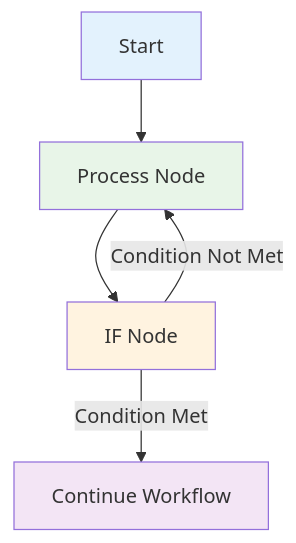
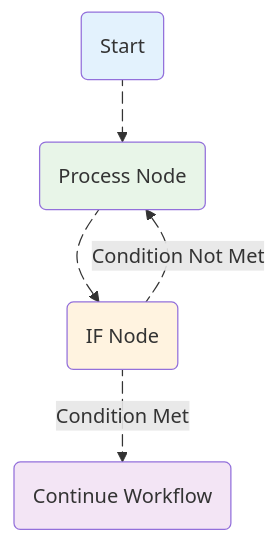
One commit to agentic-com/Agentic-Flow-Doc changed the second of 2 diagrams in src/content/docs/usage/key-concepts/flow-logic/looping.md. Above: the diagram before and after it, drawn with Mermaid. The commit also changed other lines of this file and 17 other files, not shown here.

Commit message:
flow logic docs

````diff
--- a/src/content/docs/usage/key-concepts/flow-logic/looping.md
+++ b/src/content/docs/usage/key-concepts/flow-logic/looping.md
@@ -61,12 +64,21 @@
 ```mermaid
-graph TB
-    A[Start] --> B[Process Node]
-    B --> C[IF Node]
-    C -->|Condition Met| D[Continue Workflow]
-    C -->|Condition Not Met| B
+flowchart TB
+    A["Start"] L_A_B_0@--> B["Process Node"]
+    B L_B_C_0@--> C["IF Node"]
+    C L_C_D_0@-- Condition Met --> D["Continue Workflow"]
+    C L_C_B_0@-- Condition Not Met --> B
 
+    A@{ shape: rounded}
+    B@{ shape: rounded}
+    C@{ shape: rounded}
+    D@{ shape: rounded}
     style A fill:#e3f2fd
     style B fill:#e8f5e8
     style C fill:#fff3e0
     style D fill:#f3e5f5
+
+    L_A_B_0@{ animation: slow } 
+    L_B_C_0@{ animation: slow } 
+    L_C_D_0@{ animation: slow } 
+    L_C_B_0@{ animation: slow } 
 ```
````
